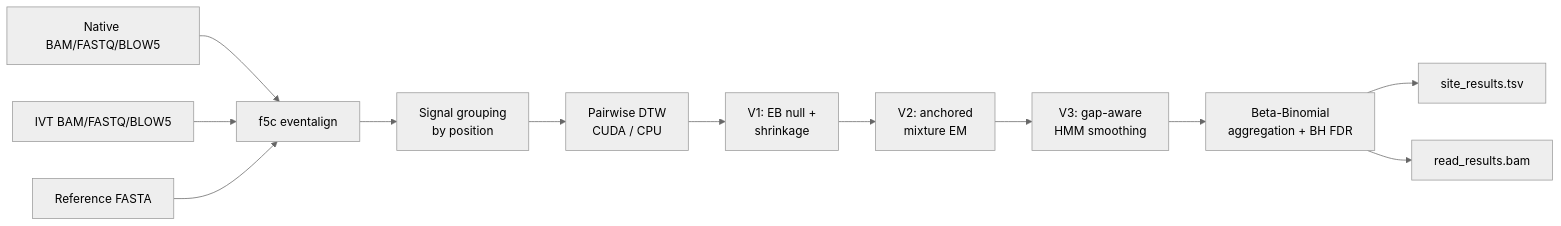
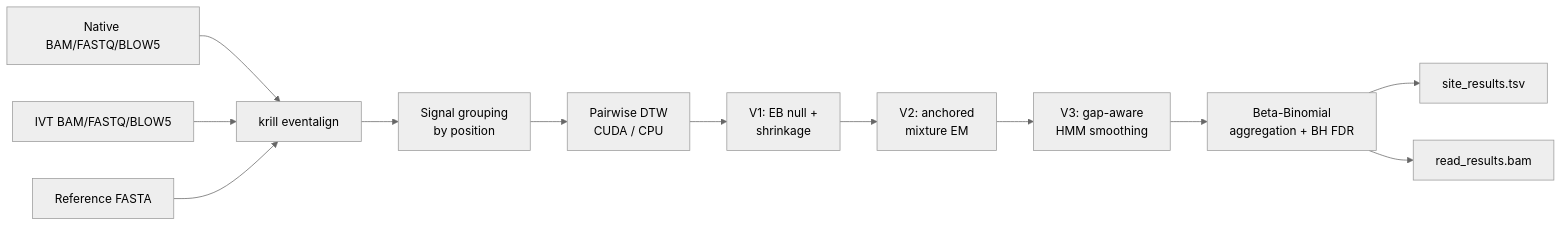
The diagram in docs/index.md (loganylchen/py-baleen), drawn with Mermaid (neutral theme) before and after one commit. The commit also changed other lines of this file and 15 other files, not shown here.

````diff
--- a/docs/index.md
+++ b/docs/index.md
@@ -56,14 +58,14 @@
 ```mermaid
 flowchart LR
-    NB[Native BAM/FASTQ/BLOW5] --> F5C[f5c eventalign]
+    NB[Native BAM/FASTQ/BLOW5] --> F5C[krill eventalign]
     IB[IVT BAM/FASTQ/BLOW5] --> F5C
     REF[Reference FASTA] --> F5C
     F5C --> SG[Signal grouping<br/>by position]
     SG --> DTW[Pairwise DTW<br/>CUDA / CPU]
     DTW --> V1[V1: EB null +<br/>shrinkage]
     V1 --> V2[V2: anchored<br/>mixture EM]
     V2 --> V3[V3: gap-aware<br/>HMM smoothing]
     V3 --> AGG[Beta-Binomial<br/>aggregation + BH FDR]
     AGG --> TSV[site_results.tsv]
     AGG --> BAM[read_results.bam]
 ```
````
